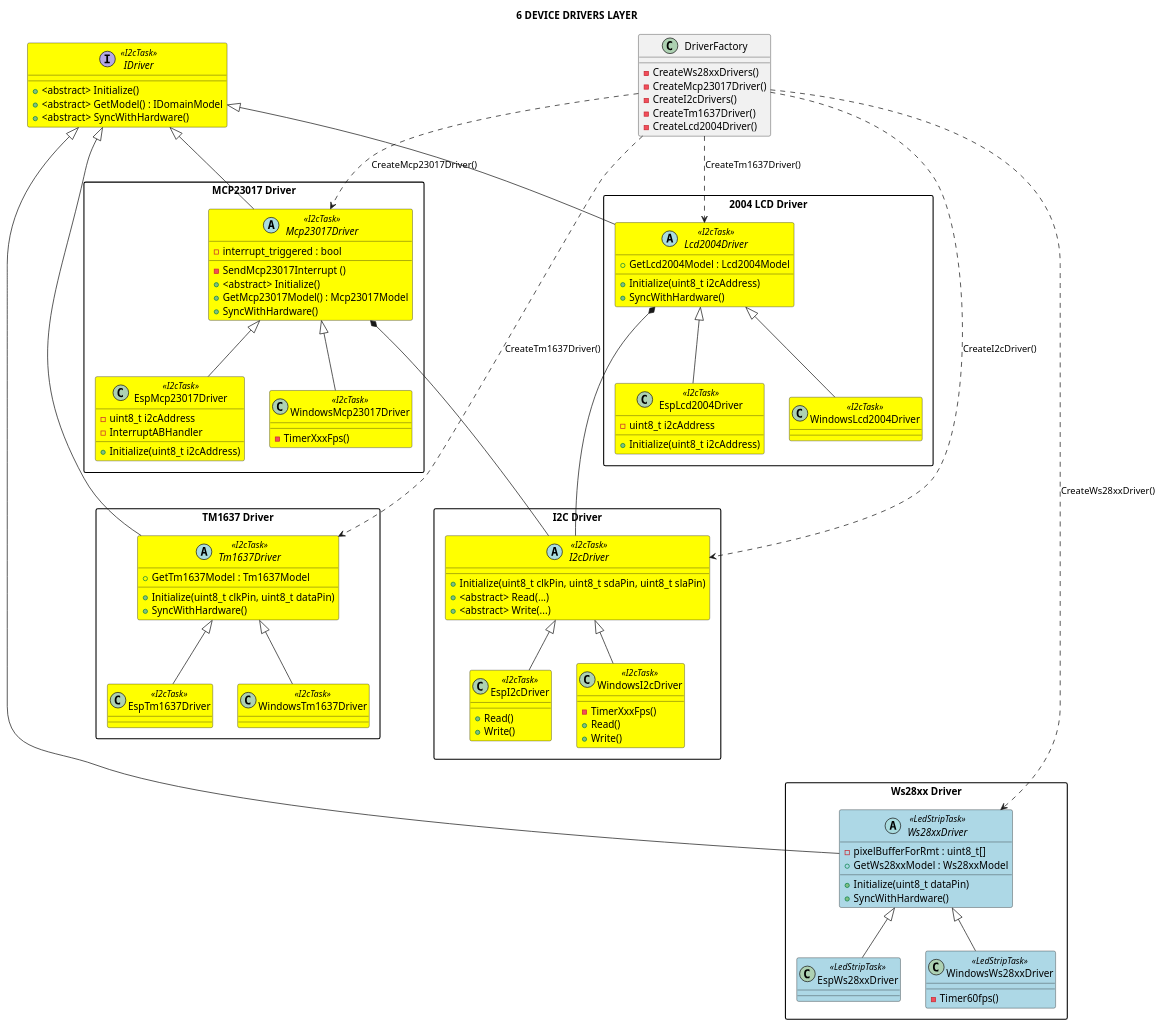
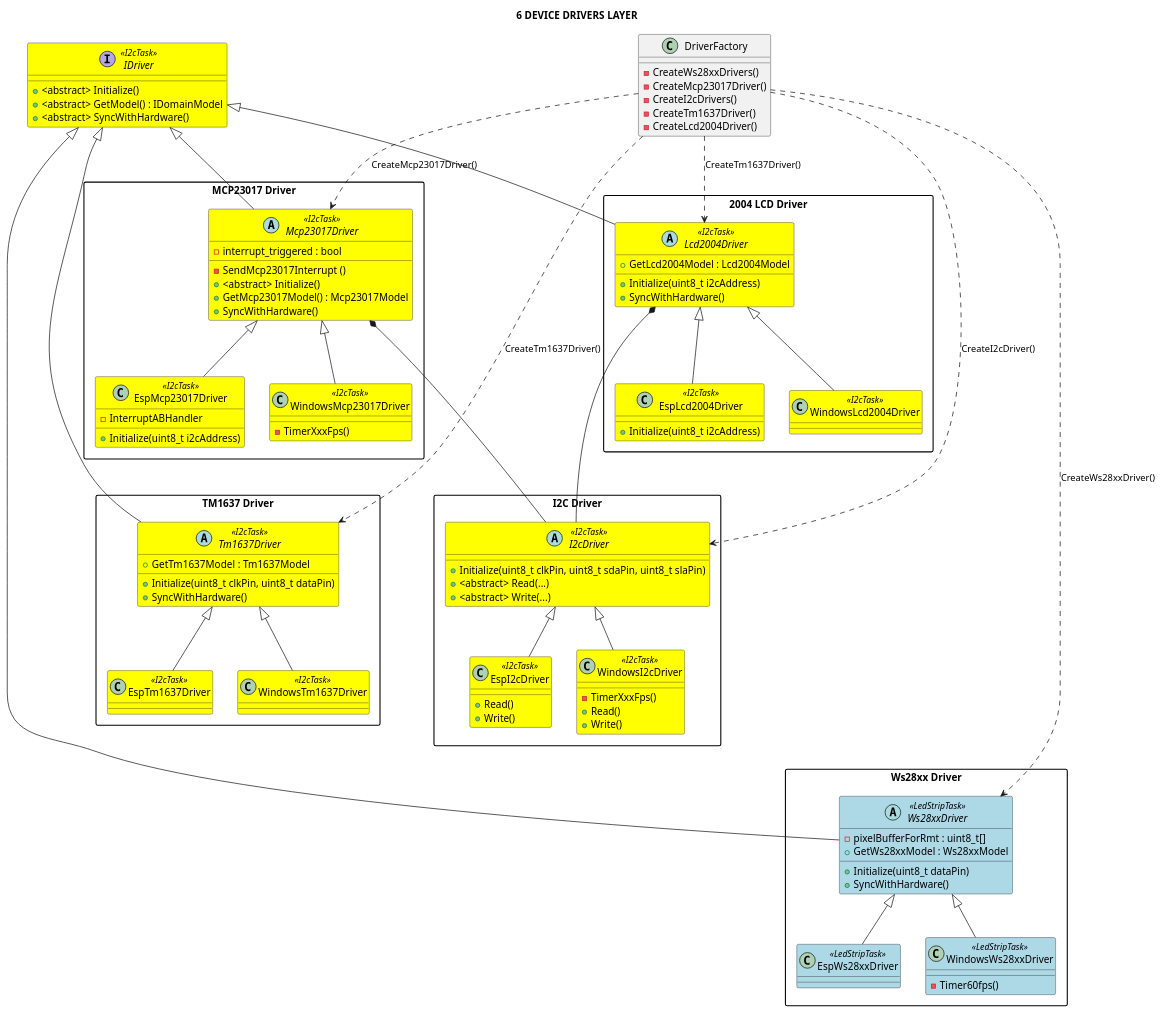
Before and after one commit to michelkeijzers/fraxis: the diagram in Docs/Software Design/Layers/L6_device_drivers_layer.puml, drawn with PlantUML. The commit also changed 54 other files, not shown here.

```diff
--- a/Docs/Software Design/Layers/L6_device_drivers_layer.puml
+++ b/Docs/Software Design/Layers/L6_device_drivers_layer.puml
@@ -1,156 +1,154 @@
 @startuml
 
 title 6 DEVICE DRIVERS LAYER
 
 skinparam packageStyle rectangle
 skinparam lineThickness 2
 
 class DriverFactory {
     - CreateWs28xxDrivers()
     - CreateMcp23017Driver()
     - CreateI2cDrivers()
     - CreateTm1637Driver()
     - CreateLcd2004Driver()
 }
 
 interface IDriver <<I2cTask>> #yellow
 {
     + <abstract> Initialize() 
     + <abstract> GetModel() : IDomainModel
     + <abstract> SyncWithHardware()
 }
 
 package "Ws28xx Driver"
 {
     abstract class Ws28xxDriver <<LedStripTask>> #lightblue
     {
         - pixelBufferForRmt : uint8_t[]
         + Initialize(uint8_t dataPin)
         + GetWs28xxModel : Ws28xxModel
         + SyncWithHardware()
     }
 
     Ws28xxDriver -u-|> IDriver
 
     class EspWs28xxDriver <<LedStripTask>> #lightblue
 
     class WindowsWs28xxDriver <<LedStripTask>> #lightblue
     {
         -Timer60fps()
     }
 
     Ws28xxDriver <|-- EspWs28xxDriver
     Ws28xxDriver <|-- WindowsWs28xxDriver
     DriverFactory ......> Ws28xxDriver : CreateWs28xxDriver() 
 }
 
 package "I2C Driver"
 {
     abstract class I2cDriver <<I2cTask>> #yellow
     {
         + Initialize(uint8_t clkPin, uint8_t sdaPin, uint8_t slaPin)
         + <abstract> Read(...) 
         + <abstract> Write(...)
     }
 
     class EspI2cDriver <<I2cTask>> #yellow
     {
         + Read()
         + Write()
     }
 
     class WindowsI2cDriver  <<I2cTask>> #yellow
     {
         - TimerXxxFps()
         + Read()
         + Write()
     }
 
     I2cDriver <|-- EspI2cDriver
     I2cDriver <|-- WindowsI2cDriver 
     DriverFactory ..> I2cDriver : CreateI2cDriver()
 }
 
 package "MCP23017 Driver"
 {
     abstract class Mcp23017Driver <<I2cTask>> #yellow
     {
         - interrupt_triggered : bool
         - SendMcp23017Interrupt ()
         + <abstract> Initialize()
         + GetMcp23017Model() : Mcp23017Model
         + SyncWithHardware()
     }
 
     Mcp23017Driver -u-|> IDriver
 
     class EspMcp23017Driver <<I2cTask>> #yellow
     {
-        - uint8_t i2cAddress
         - InterruptABHandler
         + Initialize(uint8_t i2cAddress)
     }
 
     class WindowsMcp23017Driver <<I2cTask>> #yellow
     {
         - TimerXxxFps()
     }
 
     Mcp23017Driver <|-- EspMcp23017Driver
     Mcp23017Driver <|-- WindowsMcp23017Driver
     Mcp23017Driver *--- I2cDriver
     DriverFactory ..> Mcp23017Driver : CreateMcp23017Driver()
 }
 
 package "2004 LCD Driver"
 {
     abstract class Lcd2004Driver <<I2cTask>> #yellow
     {
         + Initialize(uint8_t i2cAddress)
         + GetLcd2004Model : Lcd2004Model
         + SyncWithHardware()
     }
 
     Lcd2004Driver -u-|> IDriver
 
     class EspLcd2004Driver  <<I2cTask>> #yellow
     {
-        - uint8_t i2cAddress
         + Initialize(uint8_t i2cAddress)
     }
 
     class WindowsLcd2004Driver  <<I2cTask>> #yellow
     {
     }
 
     Lcd2004Driver <|-- EspLcd2004Driver
     Lcd2004Driver <|-- WindowsLcd2004Driver
     Lcd2004Driver  *--- I2cDriver
     DriverFactory ..> Lcd2004Driver : CreateTm1637Driver() 
 }
 
 package "TM1637 Driver"
 {
     abstract class Tm1637Driver <<I2cTask>> #yellow
     {
         + Initialize(uint8_t clkPin, uint8_t dataPin)
         + GetTm1637Model : Tm1637Model
         + SyncWithHardware()
     }
 
     Tm1637Driver -u-|> IDriver
 
     class EspTm1637Driver  <<I2cTask>> #yellow
     {
     }
 
     class WindowsTm1637Driver  <<I2cTask>> #yellow
     {
     }
 
     Tm1637Driver <|-- EspTm1637Driver
     Tm1637Driver <|-- WindowsTm1637Driver
     DriverFactory ....> Tm1637Driver : CreateTm1637Driver() 
 }
 
 @enduml
```
